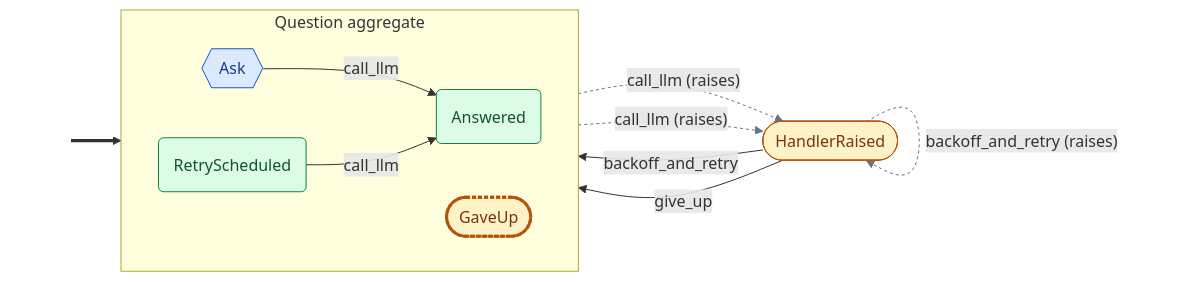
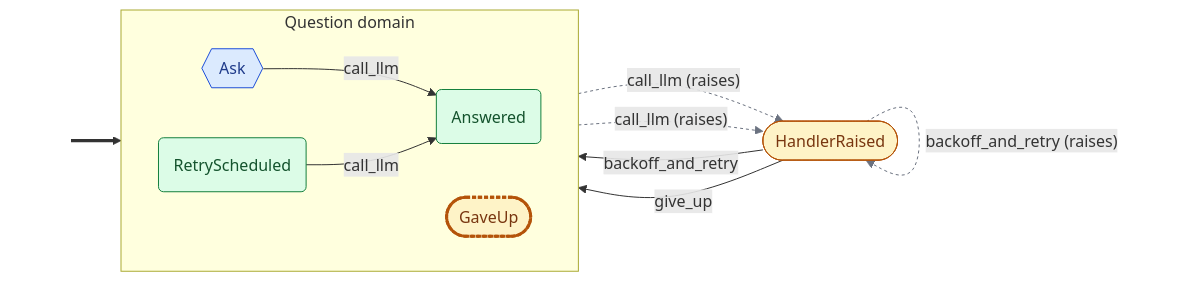
Before and after one commit to cadance-io/langgraph-events: the eighth of 8 diagrams in docs/patterns.md, drawn with Mermaid. The commit also changed other lines of this file and 43 other files, not shown here.

First line of the commit message:
feat: rename Aggregate→Domain, add post-command invariant check, reroute invariants in mermaid

````diff
--- a/docs/patterns.md
+++ b/docs/patterns.md
@@ -406,27 +408,27 @@
     ```mermaid
     graph LR
         classDef entry fill:none,stroke:none,color:none
         classDef cmd fill:#dbeafe,stroke:#1d4ed8,color:#1e3a8a
         classDef devt fill:#dcfce7,stroke:#15803d,color:#14532d
         classDef intg fill:#ede9fe,stroke:#6d28d9,color:#4c1d95
         classDef syst fill:#fef3c7,stroke:#b45309,color:#78350f
         classDef halt fill:#fef3c7,stroke:#b45309,color:#78350f,stroke-width:3px,stroke-dasharray:4 2
         classDef inv fill:#ffedd5,stroke:#c2410c,color:#7c2d12
-        subgraph Question["Question aggregate"]
+        subgraph Question["Question domain"]
             direction LR
             Answered(Answered):::devt
             Ask{{Ask}}:::cmd
             GaveUp([GaveUp]):::halt
             RetryScheduled(RetryScheduled):::devt
         end
         HandlerRaised([HandlerRaised]):::syst
         _e0_[ ]:::entry ==> Ask
         Ask -.->|"call_llm (raises)"| HandlerRaised
         RetryScheduled -.->|"call_llm (raises)"| HandlerRaised
         Ask -->|call_llm| Answered
         RetryScheduled -->|call_llm| Answered
         HandlerRaised -.->|"backoff_and_retry (raises)"| HandlerRaised
         HandlerRaised -->|backoff_and_retry| RetryScheduled
         HandlerRaised -->|give_up| GaveUp
         linkStyle 1,2,5 stroke:#6b7280,stroke-dasharray:3 3
     ```
````
